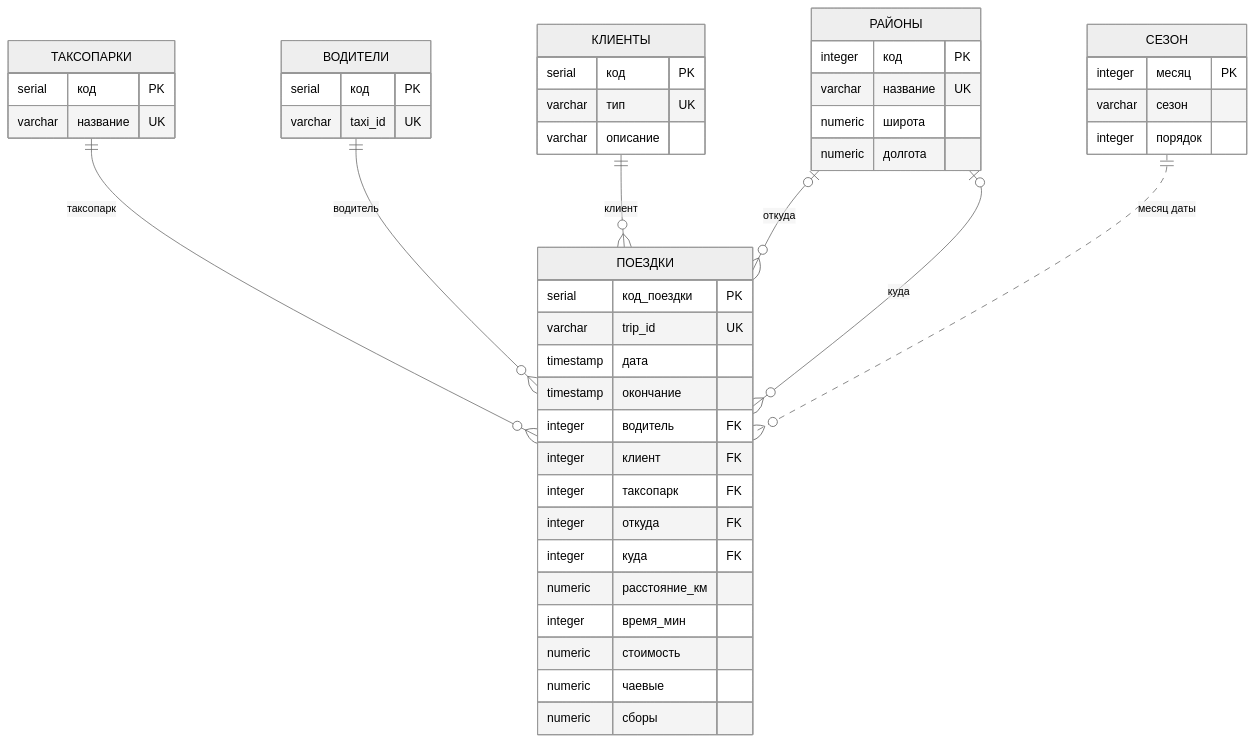
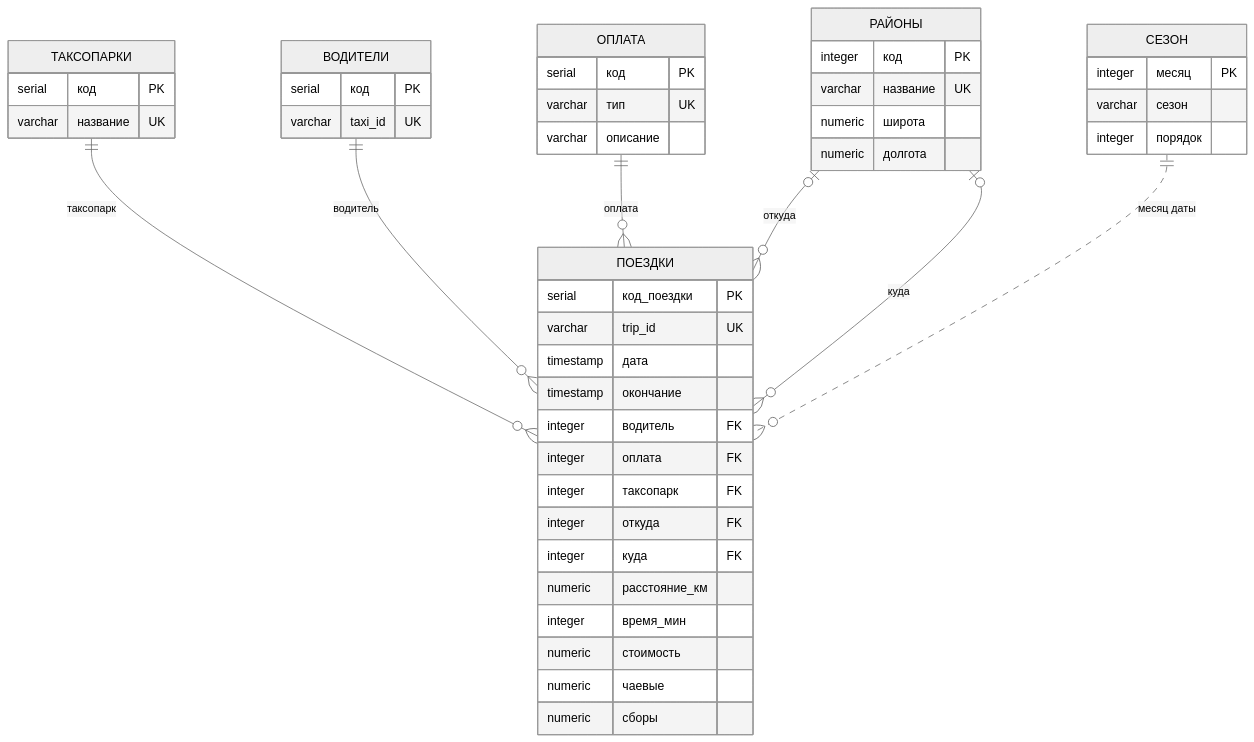
One commit to DarkSwordman999/TAXI-db changed the diagram in docs/DATABASE.md. Above: the diagram before and after it, drawn with Mermaid (neutral theme). The commit also changed other lines of this file, not shown here.

Commit message:
DATABASE.md: описание по схеме 2.0 — таблица ОПЛАТА, поле ПОЕЗДКИ.оплата, индекс idx_rides_payment, функция get_driver_revenue_by_payment; раздел 13.1 о переходе с версии 1.x через setup/migrate_to_v2.sql

````diff
--- a/docs/DATABASE.md
+++ b/docs/DATABASE.md
@@ -32,50 +32,50 @@
 ```mermaid
 erDiagram
     ТАКСОПАРКИ ||--o{ ПОЕЗДКИ : "таксопарк"
     ВОДИТЕЛИ   ||--o{ ПОЕЗДКИ : "водитель"
-    КЛИЕНТЫ    ||--o{ ПОЕЗДКИ : "клиент"
+    ОПЛАТА     ||--o{ ПОЕЗДКИ : "оплата"
     РАЙОНЫ     |o--o{ ПОЕЗДКИ : "откуда"
     РАЙОНЫ     |o--o{ ПОЕЗДКИ : "куда"
     СЕЗОН      ||..o{ ПОЕЗДКИ : "месяц даты"
 
     ТАКСОПАРКИ {
         serial код PK
         varchar название UK
     }
     ВОДИТЕЛИ {
         serial код PK
         varchar taxi_id UK
     }
-    КЛИЕНТЫ {
+    ОПЛАТА {
         serial код PK
         varchar тип UK
         varchar описание
     }
     РАЙОНЫ {
         integer код PK
         varchar название UK
         numeric широта
         numeric долгота
     }
     ПОЕЗДКИ {
         serial код_поездки PK
         varchar trip_id UK
         timestamp дата
         timestamp окончание
         integer водитель FK
-        integer клиент FK
+        integer оплата FK
         integer таксопарк FK
         integer откуда FK
         integer куда FK
         numeric расстояние_км
         integer время_мин
         numeric стоимость
         numeric чаевые
         numeric сборы
     }
     СЕЗОН {
         integer месяц PK
         varchar сезон
         integer порядок
     }
 ```
````
